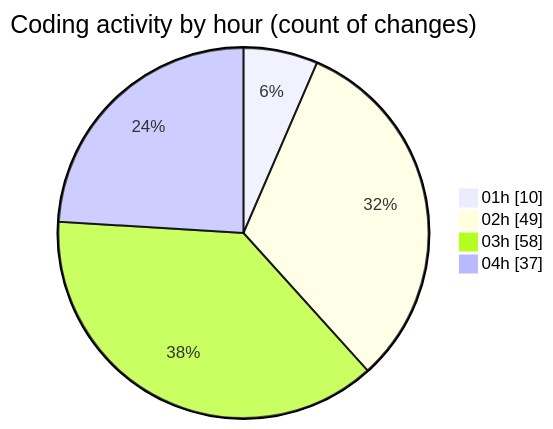
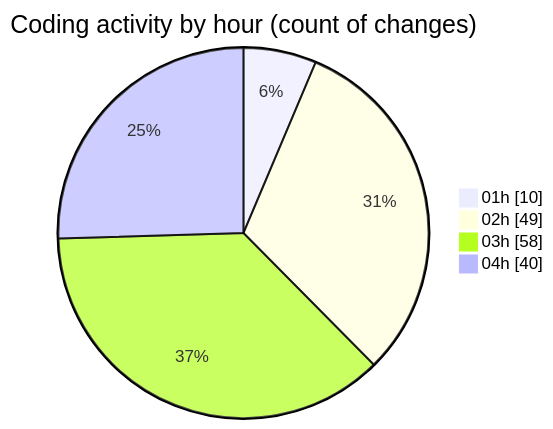
One commit to julien-gomy/code-tracking changed the second of 2 diagrams in 2025-11-21/eventscop-frontend-guide__workspace_/README.md. Above: the diagram before and after it, drawn with Mermaid. The commit also changed other lines of this file and 1 other file, not shown here.

````diff
--- a/2025-11-21/eventscop-frontend-guide__workspace_/README.md
+++ b/2025-11-21/eventscop-frontend-guide__workspace_/README.md
@@ -72,8 +72,8 @@
 ```mermaid
 pie showData
 title Coding activity by hour (count of changes)
 "01h" : 10
 "02h" : 49
 "03h" : 58
-"04h" : 37
+"04h" : 40
 ```
````
